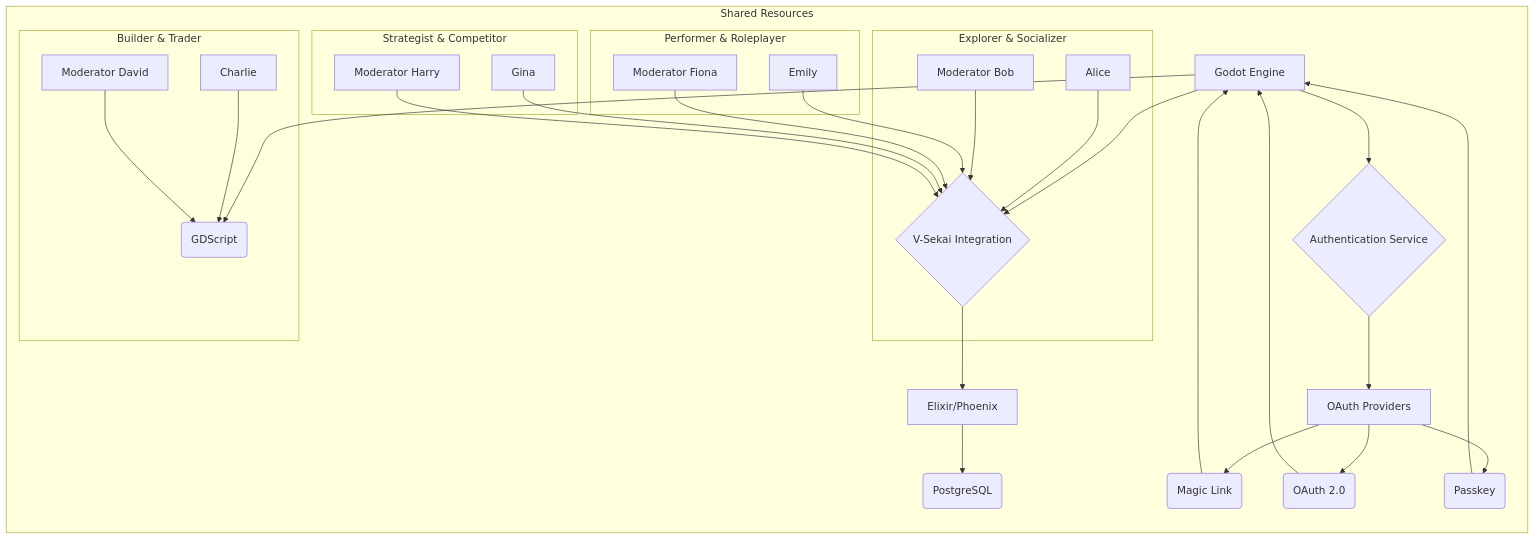
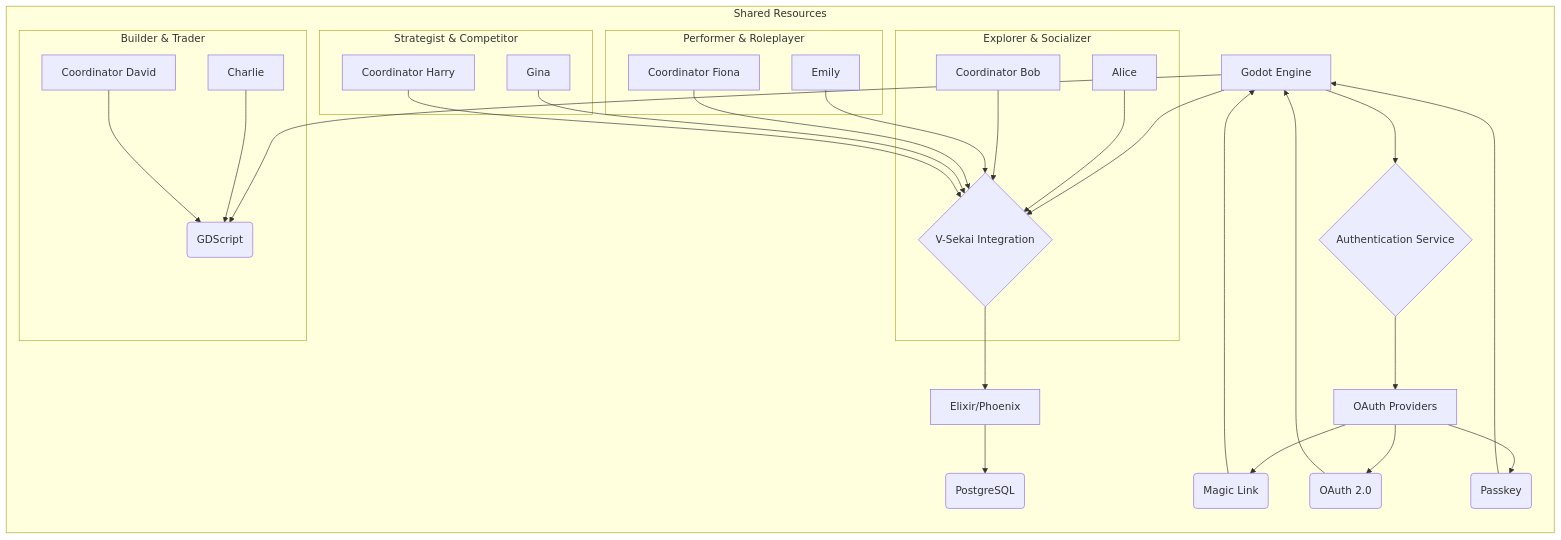
Before and after one commit to V-Sekai/manuals: the diagram in decisions/20241229-one-prototyping-stack.md, drawn with Mermaid.

Commit message:
Rename moderator to coordinator.

````diff
--- a/decisions/20241229-one-prototyping-stack.md
+++ b/decisions/20241229-one-prototyping-stack.md
@@ -35,37 +35,37 @@
 ```mermaid
 graph LR
     subgraph "Shared Resources"
         A[Godot Engine] --> B(GDScript)
         A --> C{V-Sekai Integration}
         C --> D[Elixir/Phoenix]
         D --> E(PostgreSQL)
         A --> F{Authentication Service}
         F --> G[OAuth Providers]
         G --> H(Magic Link)
         G --> I(OAuth 2.0)
         G --> J(Passkey)
         H --> A
         I --> A
         J --> A
         
         subgraph "Explorer & Socializer"
             M[Alice] --> C
-            Q[Moderator Bob] --> C
+            Q[Coordinator Bob] --> C
         end
         
         subgraph "Builder & Trader"
             O[Charlie] --> B
-            S[Moderator David] --> B
+            S[Coordinator David] --> B
         end
         
         subgraph "Performer & Roleplayer"
             U[Emily] --> C
-            V[Moderator Fiona] --> C
+            V[Coordinator Fiona] --> C
         end
         
         subgraph "Strategist & Competitor"
             K[Gina] --> C
-            L[Moderator Harry] --> C
+            L[Coordinator Harry] --> C
         end 
     end
 ```
````
